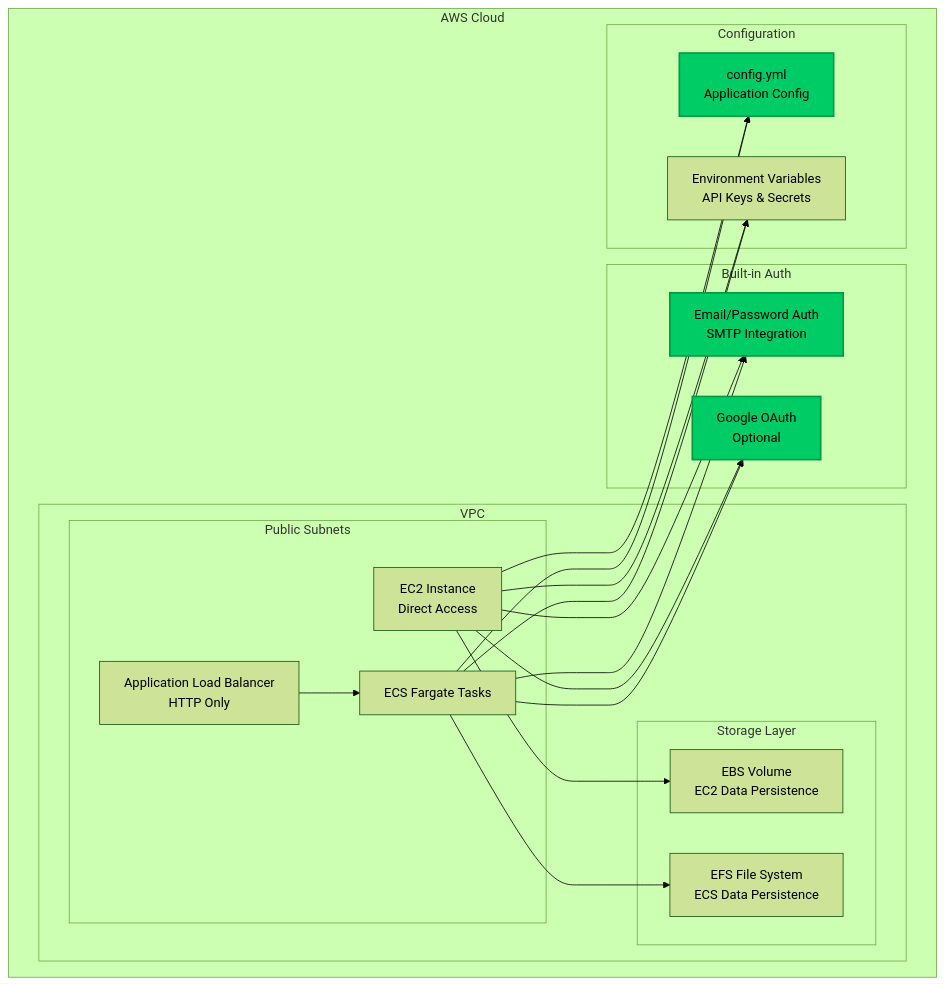
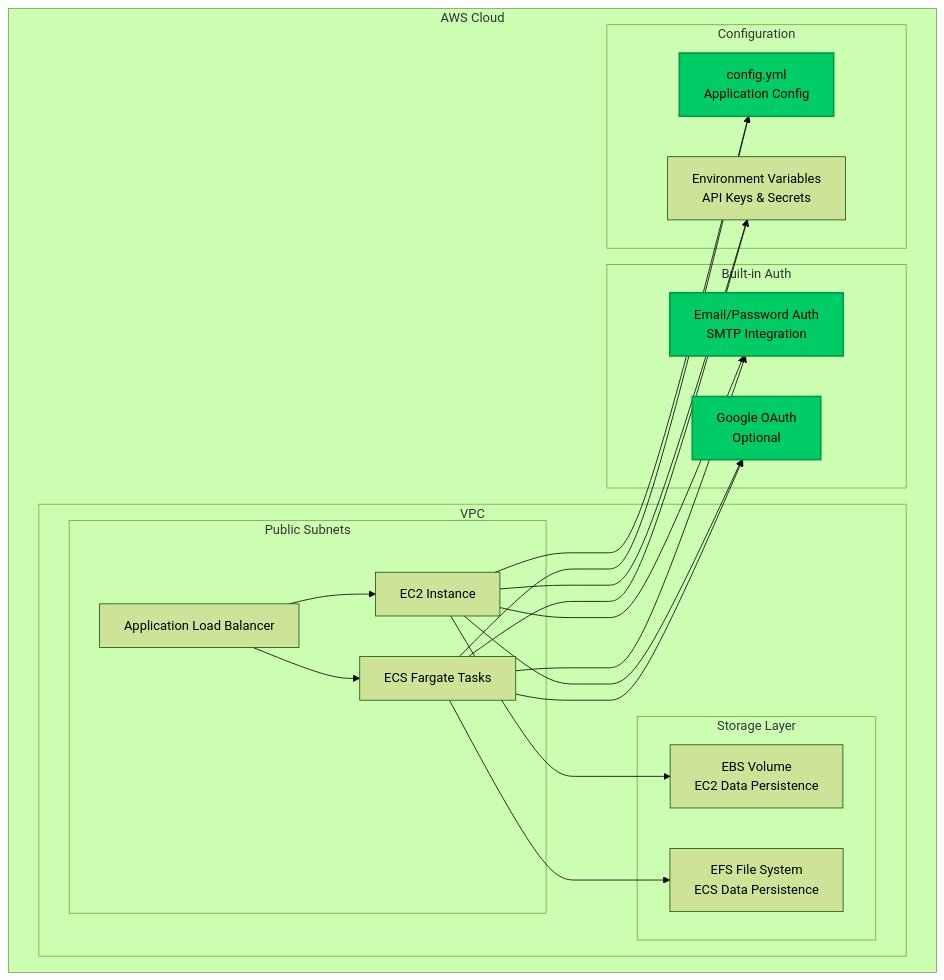
Before and after one commit to oxy-hq/oxy: the first of 2 diagrams in docs/deployment/reference-architecture/aws/architecture.mdx, drawn with Mermaid (forest theme). The commit also changed other lines of this file and 16 other files, not shown here.

````diff
--- a/docs/deployment/reference-architecture/aws/architecture.mdx
+++ b/docs/deployment/reference-architecture/aws/architecture.mdx
@@ -54,42 +11,43 @@
 ```mermaid
 graph TB
     subgraph "AWS Cloud"
         subgraph "VPC"
             subgraph "Public Subnets"
-                ALB[Application Load Balancer<br/>HTTP Only]
-                EC2[EC2 Instance<br/>Direct Access]
+                ALB[Application Load Balancer]
+                EC2[EC2 Instance]
                 ECS_Tasks[ECS Fargate Tasks]
             end
             
             subgraph "Storage Layer"
                 EBS[EBS Volume<br/>EC2 Data Persistence]
                 EFS[EFS File System<br/>ECS Data Persistence]
             end
         end
         
         subgraph "Built-in Auth"
             EmailAuth[Email/Password Auth<br/>SMTP Integration]
             GoogleAuth[Google OAuth<br/>Optional]
         end
         
         subgraph "Configuration"
             ConfigFile[config.yml<br/>Application Config]
             EnvVars[Environment Variables<br/>API Keys & Secrets]
         end
     end
     
+    ALB --> EC2
     ALB --> ECS_Tasks
     EC2 --> EBS
     ECS_Tasks --> EFS
     EC2 --> ConfigFile
     ECS_Tasks --> ConfigFile
     EC2 --> EnvVars
     ECS_Tasks --> EnvVars
     EC2 --> EmailAuth
     ECS_Tasks --> EmailAuth
     EC2 --> GoogleAuth
     ECS_Tasks --> GoogleAuth
     
     classDef builtinStyle fill:#00cc66,stroke:#009944,stroke-width:2px
     class EmailAuth,GoogleAuth,ConfigFile builtinStyle
 ```
````
